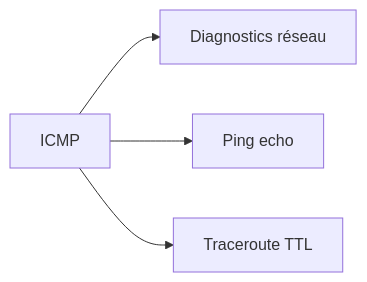
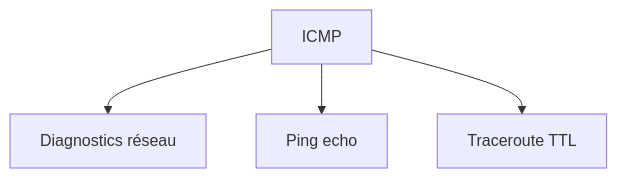
Before and after one commit to zyrass/omnydocs: diagram 14 of 38 in docs/glossaire/administration-reseau.md, drawn with Mermaid. The commit also changed other lines of this file and 1780 other files, not shown here.

````diff
--- a/docs/glossaire/administration-reseau.md
+++ b/docs/glossaire/administration-reseau.md
@@ -303,6 +363,6 @@
-    ```mermaid
-    graph LR
-        A[ICMP] --> B[Diagnostics réseau]
-        A --> C[Ping echo]
-        A --> D[Traceroute TTL]
-    ```
+```mermaid
+graph TB
+    A[ICMP] --> B[Diagnostics réseau]
+    A --> C[Ping echo]
+    A --> D[Traceroute TTL]
+```
````
